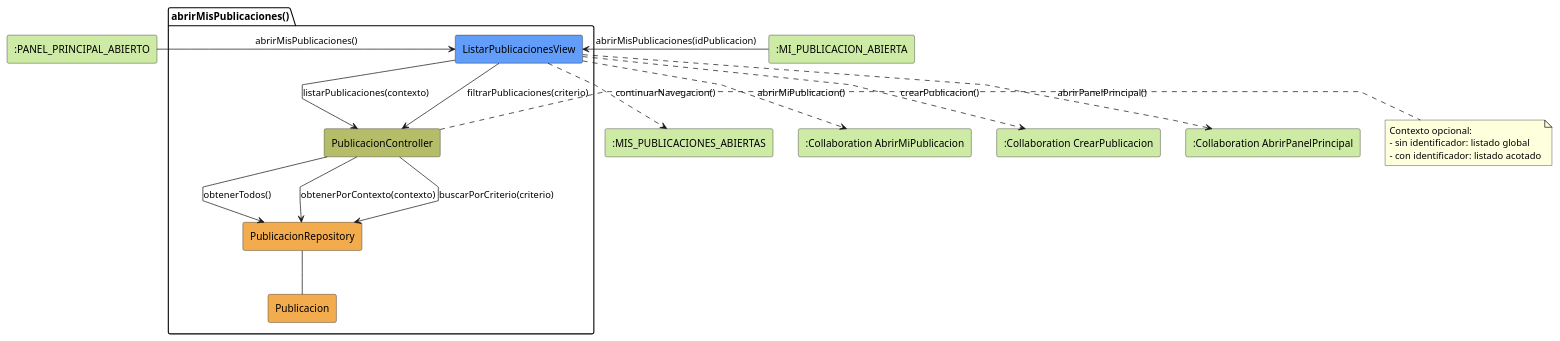
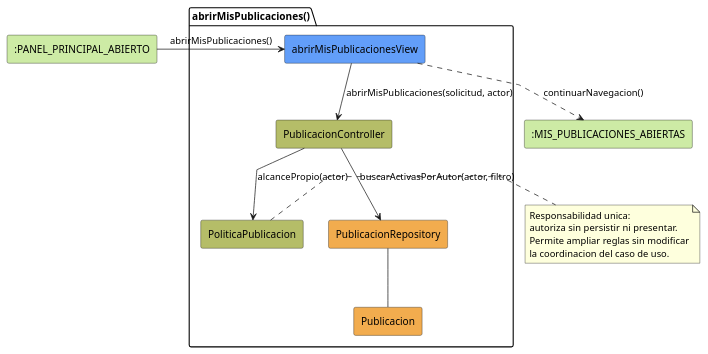
The diagram in RUP/01-analisis/casos-uso/coordinador/abrirMisPublicaciones/colaboracion.puml (beatriizorozco/25-26-idsw2-sdVC), drawn with PlantUML before and after one commit. The commit also changed 99 other files, not shown here.

Commit message:
docs(analisis y diseño): bloque 8: publicaciones

```diff
--- a/RUP/01-analisis/casos-uso/coordinador/abrirMisPublicaciones/colaboracion.puml
+++ b/RUP/01-analisis/casos-uso/coordinador/abrirMisPublicaciones/colaboracion.puml
@@ -1,37 +1,30 @@
-@startuml abrirMisPublicaciones-analisis
+@startuml abrirMisPublicaciones-coordinador-analisis
 skinparam linetype polyline
 
-rectangle #CDEBA5 ":PANEL_PRINCIPAL_ABIERTO" as EstadoEntrada1
-rectangle #CDEBA5 ":MI_PUBLICACION_ABIERTA" as EstadoEntrada2
+rectangle #CDEBA5 ":PANEL_PRINCIPAL_ABIERTO" as EstadoEntrada
 package abrirMisPublicaciones as "abrirMisPublicaciones()" {
-    rectangle #629EF9 ListarPublicacionesView
+    rectangle #629EF9 "abrirMisPublicacionesView" as View
     rectangle #b5bd68 PublicacionController
+    rectangle #b5bd68 PoliticaPublicacion
     rectangle #F2AC4E PublicacionRepository
     rectangle #F2AC4E Publicacion
+
 }
+rectangle #CDEBA5 ":MIS_PUBLICACIONES_ABIERTAS" as EstadoSalida
 
-rectangle #CDEBA5 ":MIS_PUBLICACIONES_ABIERTAS" as EstadoSalida
-rectangle #CDEBA5 ":Collaboration AbrirMiPublicacion" as AbrirMiPublicacion
-rectangle #CDEBA5 ":Collaboration CrearPublicacion" as CrearPublicacion
-rectangle #CDEBA5 ":Collaboration AbrirPanelPrincipal" as AbrirPanelPrincipal
+EstadoEntrada -r-> View: abrirMisPublicaciones()
+View -d-> PublicacionController: abrirMisPublicaciones(solicitud, actor)
 
-EstadoEntrada1 -r-> ListarPublicacionesView: abrirMisPublicaciones()
-EstadoEntrada2 -r-> ListarPublicacionesView: abrirMisPublicaciones(idPublicacion)
+PublicacionController --> PoliticaPublicacion: alcancePropio(actor)
+PublicacionController --> PublicacionRepository: buscarActivasPorAutor(actor, filtro)
+PublicacionRepository -- Publicacion
 
-ListarPublicacionesView -d-> PublicacionController: listarPublicaciones(contexto)
-ListarPublicacionesView --> PublicacionController: filtrarPublicaciones(criterio)
-PublicacionController --> PublicacionRepository: obtenerTodos()
-PublicacionController --> PublicacionRepository: obtenerPorContexto(contexto)
-PublicacionController --> PublicacionRepository: buscarPorCriterio(criterio)
-PublicacionRepository -- Publicacion
-note right of PublicacionController
-Contexto opcional:
-- sin identificador: listado global
-- con identificador: listado acotado
+View ..> EstadoSalida: continuarNavegacion()
+
+note right of PoliticaPublicacion
+Responsabilidad unica:
+autoriza sin persistir ni presentar.
+Permite ampliar reglas sin modificar
+la coordinacion del caso de uso.
 end note
-ListarPublicacionesView ..> EstadoSalida: continuarNavegacion()
-ListarPublicacionesView ..> AbrirMiPublicacion: abrirMiPublicacion()
-ListarPublicacionesView ..> CrearPublicacion: crearPublicacion()
-ListarPublicacionesView ..> AbrirPanelPrincipal: abrirPanelPrincipal()
-
 @enduml
```
